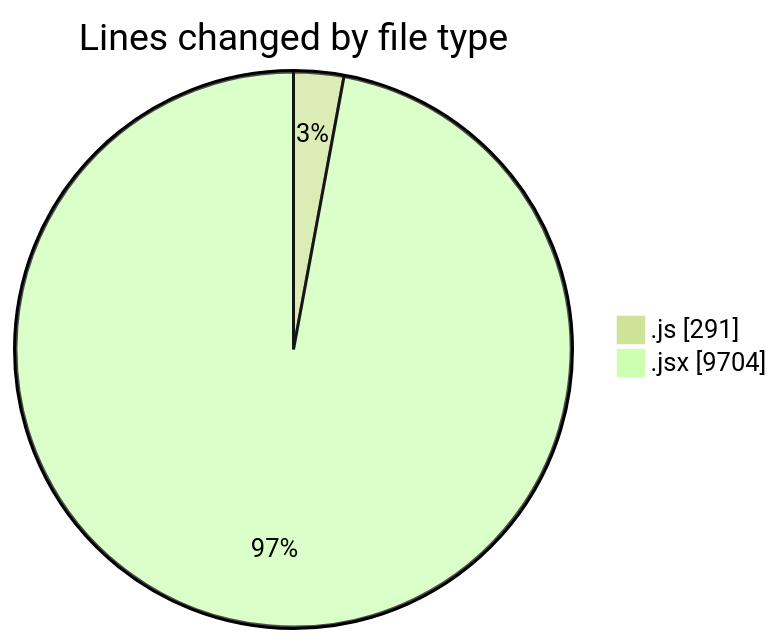
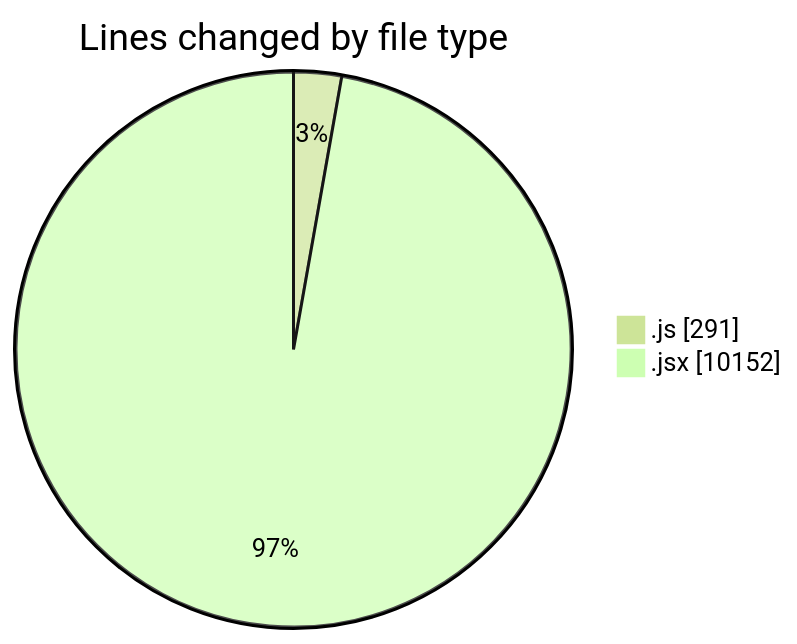
The first of 2 diagrams in 2025-07-28/nxtqube_webapp/README.md (nxtqubesakshisongat/code-tracking), drawn with Mermaid (forest theme) before and after one commit. The commit also changed other lines of this file and 1 other file, not shown here.

````diff
--- a/2025-07-28/nxtqube_webapp/README.md
+++ b/2025-07-28/nxtqube_webapp/README.md
@@ -44,6 +45,6 @@
 ```mermaid
 pie showData
 title Lines changed by file type
 ".js" : 291
-".jsx" : 9704
+".jsx" : 10152
 ```
````
